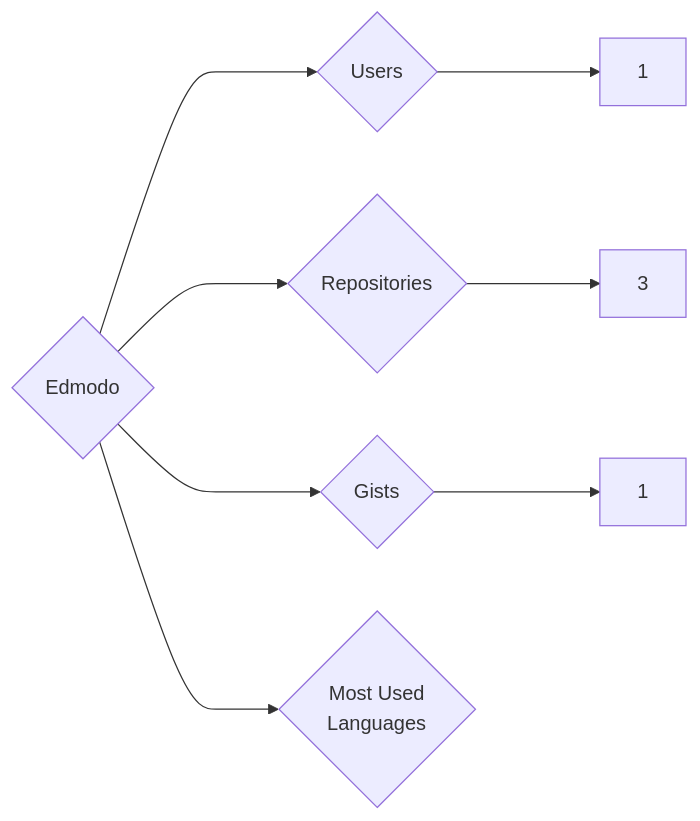
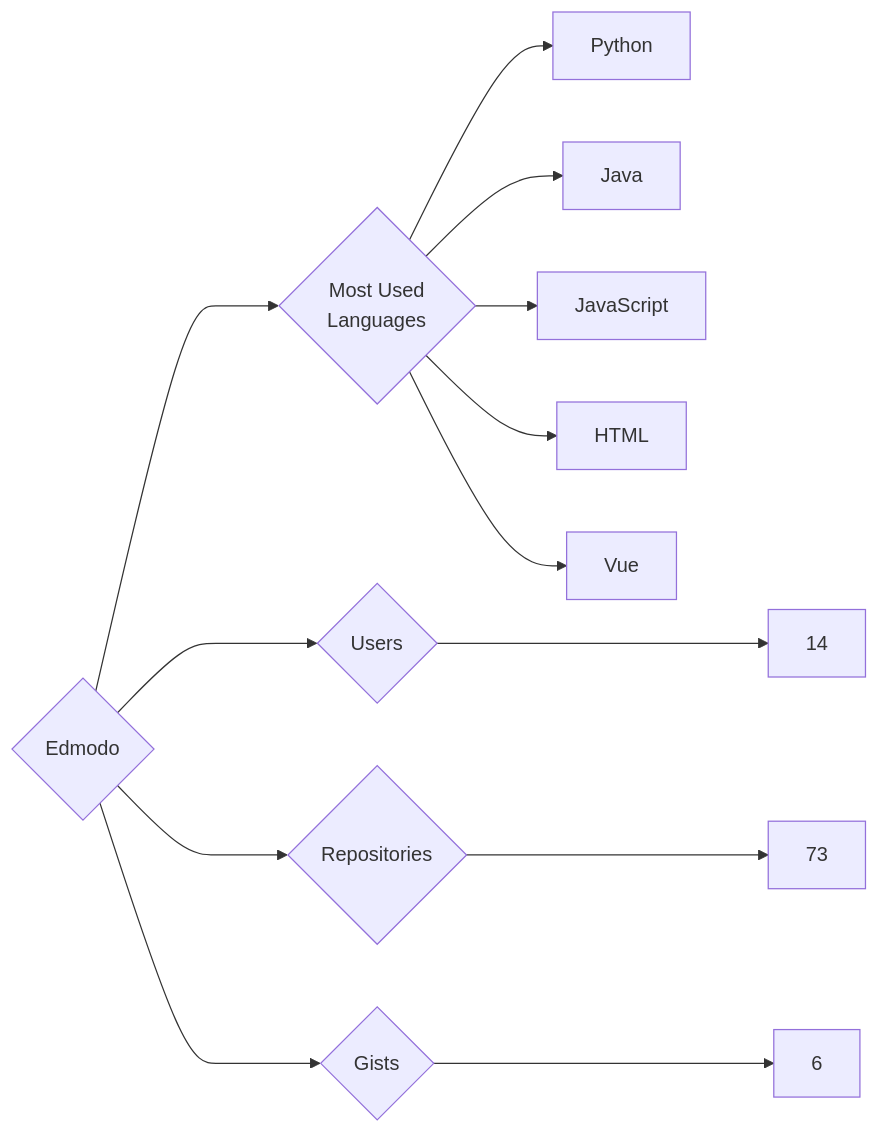
Before and after one commit to trickest/insiders: the diagram in targets/Edmodo/README.md, drawn with Mermaid. The commit also changed 927 other files, not shown here.

````diff
--- a/targets/Edmodo/README.md
+++ b/targets/Edmodo/README.md
@@ -3,8 +3,13 @@
 ```mermaid
 graph LR
 COMPANY_NAME{Edmodo}
-COMPANY_NAME ---> U{Users} ---> UN[1]
-COMPANY_NAME ---> R{Repositories} ---> RN[3]
-COMPANY_NAME ---> G{Gists} ---> GN[1]
+COMPANY_NAME ---> U{Users} ---> UN[14]
+COMPANY_NAME ---> R{Repositories} ---> RN[73]
+COMPANY_NAME ---> G{Gists} ---> GN[6]
 COMPANY_NAME ---> ML{Most Used<br>Languages}
+ML --> Python[Python]
+ML --> Java[Java]
+ML --> JavaScript[JavaScript]
+ML --> HTML[HTML]
+ML --> Vue[Vue]
 ```
````
